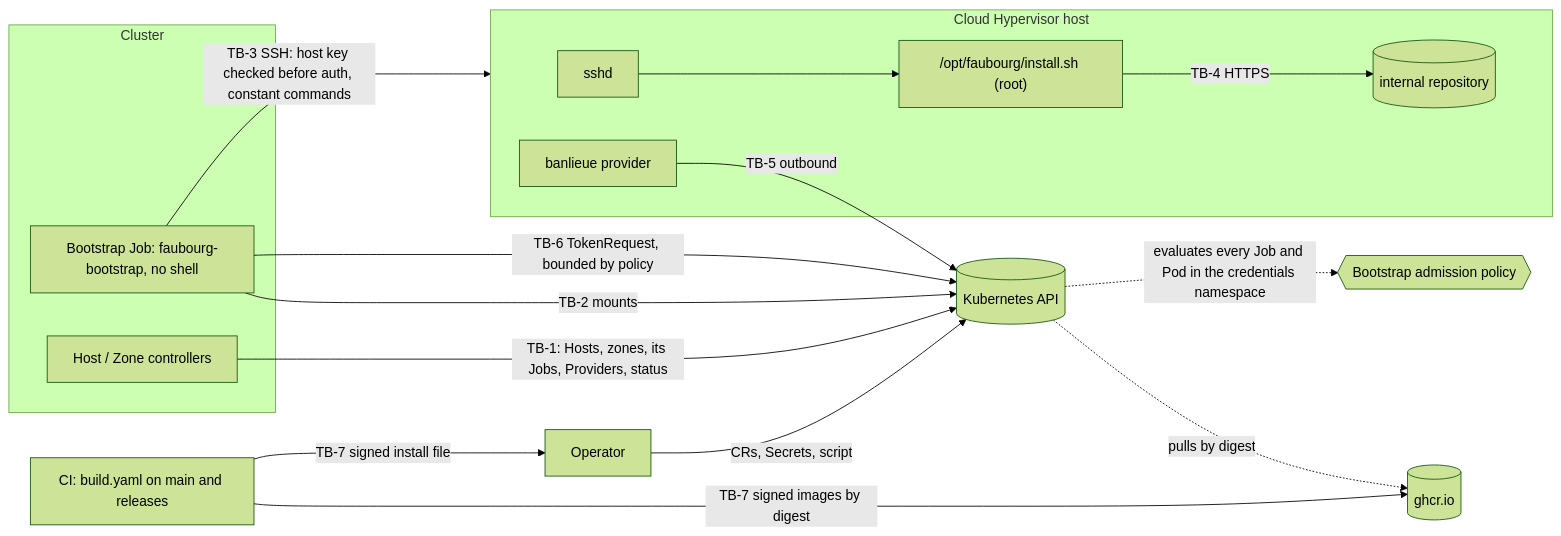
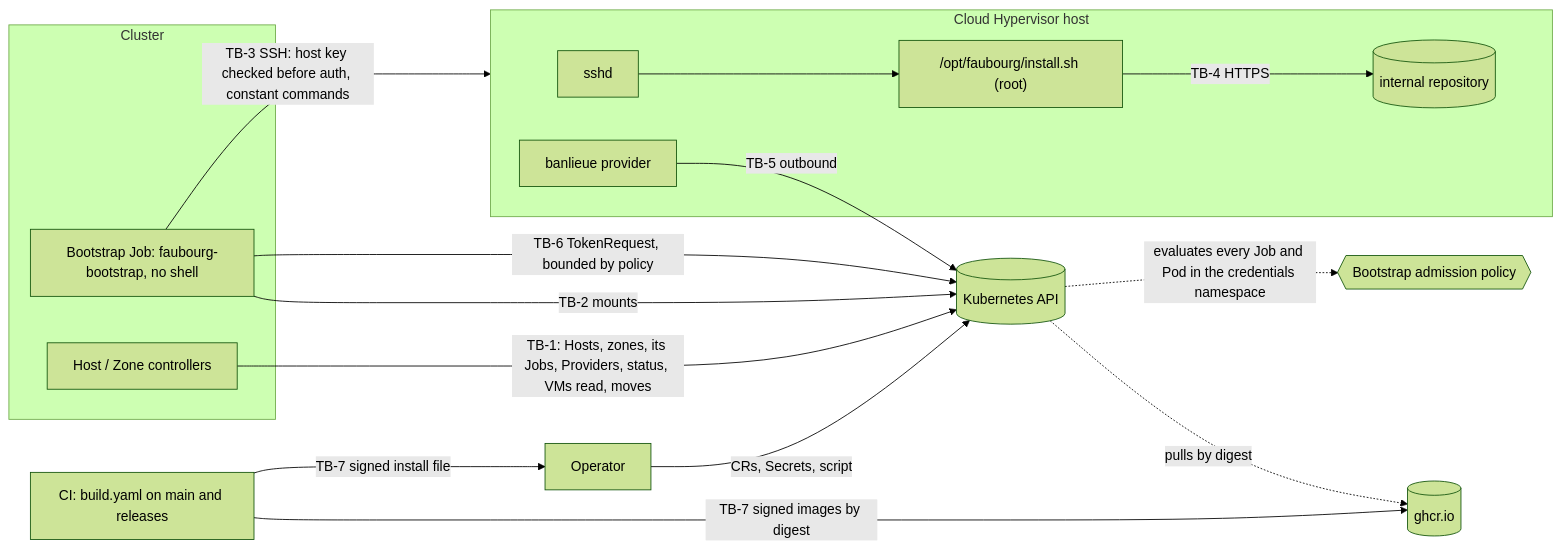
One commit to firestoned/faubourg changed the diagram in docs/security/threat-model.md. Above: the diagram before and after it, drawn with Mermaid (forest theme). The commit also changed other lines of this file and 19 other files, not shown here.

First line of the commit message:
feat(controller): drain a host through banlieue VM moves (ADR-0017, roadmap 03) (#29)

````diff
--- a/docs/security/threat-model.md
+++ b/docs/security/threat-model.md
@@ -109,22 +118,22 @@
 ```mermaid
 flowchart LR
     op[Operator] -->|CRs, Secrets, script| kube[(Kubernetes API)]
     subgraph cluster [Cluster]
         ctl[Host / Zone controllers]
         job[Bootstrap Job: faubourg-bootstrap, no shell]
     end
     kube -.->|evaluates every Job and Pod in the credentials namespace| vap{{Bootstrap admission policy}}
-    ctl -->|TB-1: Hosts, zones, its Jobs, Providers, status| kube
+    ctl -->|TB-1: Hosts, zones, its Jobs, Providers, status, VMs read, moves| kube
     job -->|TB-2 mounts| kube
     job -->|TB-6 TokenRequest, bounded by policy| kube
     job -->|TB-3 SSH: host key checked before auth, constant commands| host
     subgraph host [Cloud Hypervisor host]
         sshd[sshd] --> script["/opt/faubourg/install.sh (root)"]
         script -->|TB-4 HTTPS| repo[(internal repository)]
         prov[banlieue provider]
     end
     prov -->|TB-5 outbound| kube
     ci[CI: build.yaml on main and releases] -->|TB-7 signed images by digest| reg[(ghcr.io)]
     ci -->|TB-7 signed install file| op
     kube -.->|pulls by digest| reg
 ```
````
